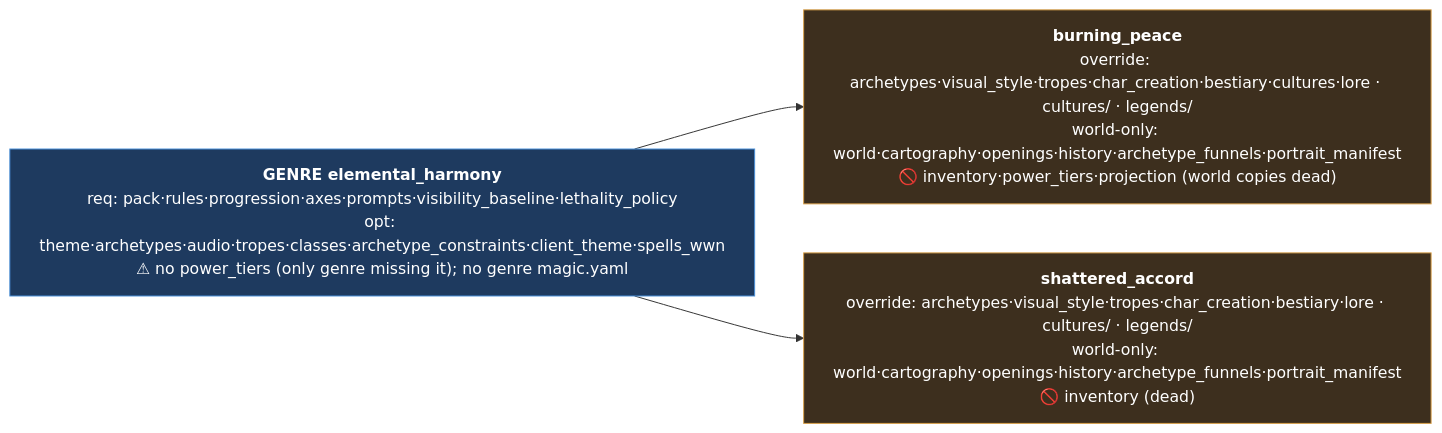
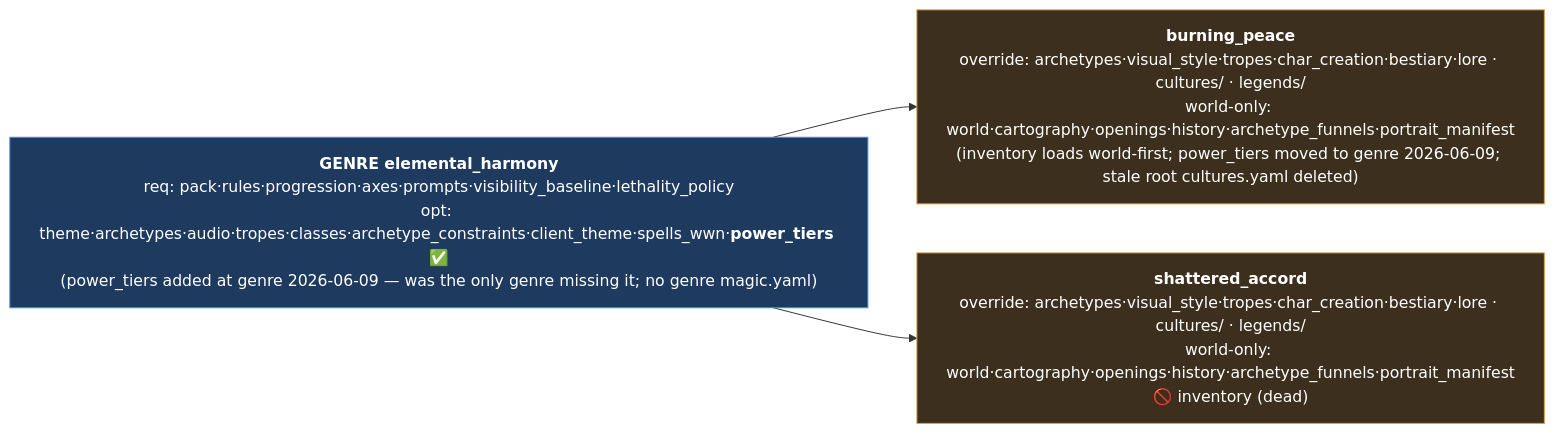
The second of 11 diagrams in genre_pack_runtime_inheritance.md (slabgorb/sidequest), drawn with Mermaid before and after one commit. The commit also changed other lines of this file and 6 other files, not shown here.

````diff
--- a/genre_pack_runtime_inheritance.md
+++ b/genre_pack_runtime_inheritance.md
@@ -45,12 +55,12 @@
 ```mermaid
 flowchart LR
-    G["<b>GENRE elemental_harmony</b><br/>req: pack·rules·progression·axes·prompts·visibility_baseline·lethality_policy<br/>opt: theme·archetypes·audio·tropes·classes·archetype_constraints·client_theme·spells_wwn<br/>⚠ no power_tiers (only genre missing it); no genre magic.yaml"]
-    W1["<b>burning_peace</b><br/>override: archetypes·visual_style·tropes·char_creation·bestiary·cultures·lore · cultures/ · legends/<br/>world-only: world·cartography·openings·history·archetype_funnels·portrait_manifest<br/>🚫 inventory·power_tiers·projection (world copies dead)"]
+    G["<b>GENRE elemental_harmony</b><br/>req: pack·rules·progression·axes·prompts·visibility_baseline·lethality_policy<br/>opt: theme·archetypes·audio·tropes·classes·archetype_constraints·client_theme·spells_wwn·<b>power_tiers</b> ✅<br/>(power_tiers added at genre 2026-06-09 — was the only genre missing it; no genre magic.yaml)"]
+    W1["<b>burning_peace</b><br/>override: archetypes·visual_style·tropes·char_creation·bestiary·lore · cultures/ · legends/<br/>world-only: world·cartography·openings·history·archetype_funnels·portrait_manifest<br/>(inventory loads world-first; power_tiers moved to genre 2026-06-09; stale root cultures.yaml deleted)"]
     W2["<b>shattered_accord</b><br/>override: archetypes·visual_style·tropes·char_creation·bestiary·lore · cultures/ · legends/<br/>world-only: world·cartography·openings·history·archetype_funnels·portrait_manifest<br/>🚫 inventory (dead)"]
     G --> W1
     G --> W2
     classDef g fill:#1e3a5f,stroke:#4a90d9,color:#fff
     classDef w fill:#3d2f1e,stroke:#d9a04a,color:#fff
     class G g
     class W1,W2 w
 ```
````
